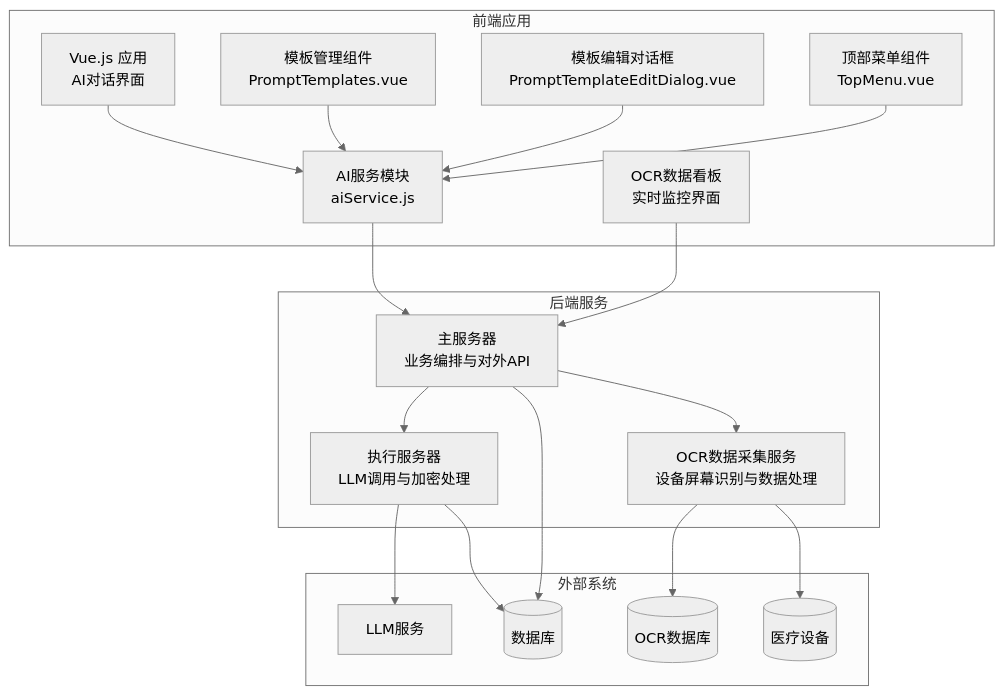
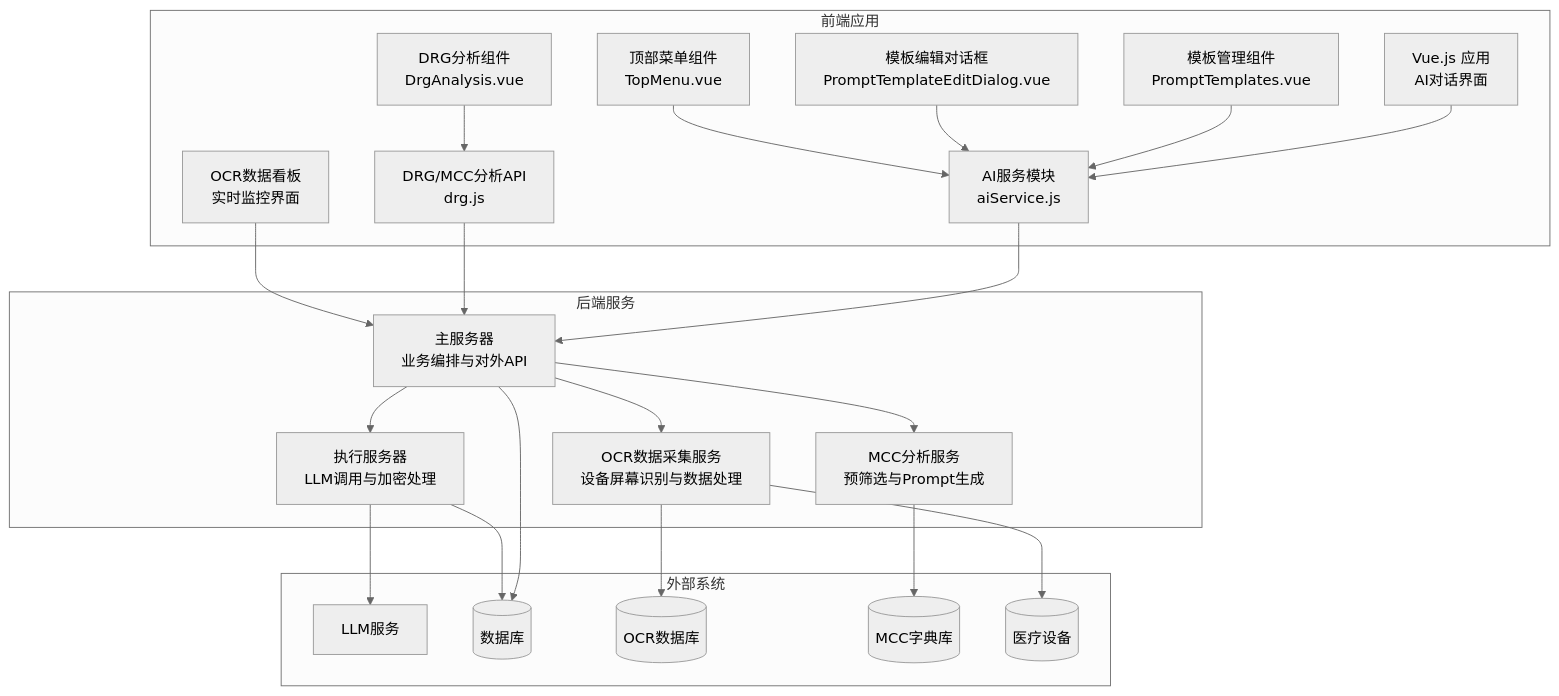
The first of 14 diagrams in .qoder/repowiki/zh/content/核心功能模块/AI诊断辅助系统.md (liuzh2008/med_ai_assistant_workspace), drawn with Mermaid (neutral theme) before and after one commit. The commit also changed other lines of this file and 3 other files, not shown here.

````diff
--- a/.qoder/repowiki/zh/content/核心功能模块/AI诊断辅助系统.md
+++ b/.qoder/repowiki/zh/content/核心功能模块/AI诊断辅助系统.md
@@ -64,35 +74,43 @@
 ```mermaid
 graph TB
 subgraph "后端服务"
 Main["主服务器<br/>业务编排与对外API"]
 Exec["执行服务器<br/>LLM调用与加密处理"]
+MCC["MCC分析服务<br/>预筛选与Prompt生成"]
 OCRAPI["OCR数据采集服务<br/>设备屏幕识别与数据处理"]
 end
 subgraph "前端应用"
 VueApp["Vue.js 应用<br/>AI对话界面"]
 AIService["AI服务模块<br/>aiService.js"]
+DRGAPI["DRG/MCC分析API<br/>drg.js"]
 PromptTemplates["模板管理组件<br/>PromptTemplates.vue"]
 PromptEditor["模板编辑对话框<br/>PromptTemplateEditDialog.vue"]
 TopMenu["顶部菜单组件<br/>TopMenu.vue"]
 OCRDash["OCR数据看板<br/>实时监控界面"]
+DrgAnalysis["DRG分析组件<br/>DrgAnalysis.vue"]
 end
 subgraph "外部系统"
 LLM["LLM服务"]
 DB[("数据库")]
 OCRDB[("OCR数据库")]
+MCCDB[("MCC字典库")]
 EndDevice[("医疗设备")]
 end
 VueApp --> AIService
 AIService --> Main
+DRGAPI --> Main
 Main --> Exec
+Main --> MCC
+Main --> OCRAPI
 Exec --> LLM
 Main --> DB
+MCC --> MCCDB
 Exec --> DB
+OCRAPI --> OCRDB
+OCRAPI --> EndDevice
+DrgAnalysis --> DRGAPI
 PromptTemplates --> AIService
 PromptEditor --> AIService
 TopMenu --> AIService
-OCRAPI --> OCRDB
-OCRAPI --> EndDevice
-Main --> OCRAPI
 OCRDash --> Main
 ```
````
